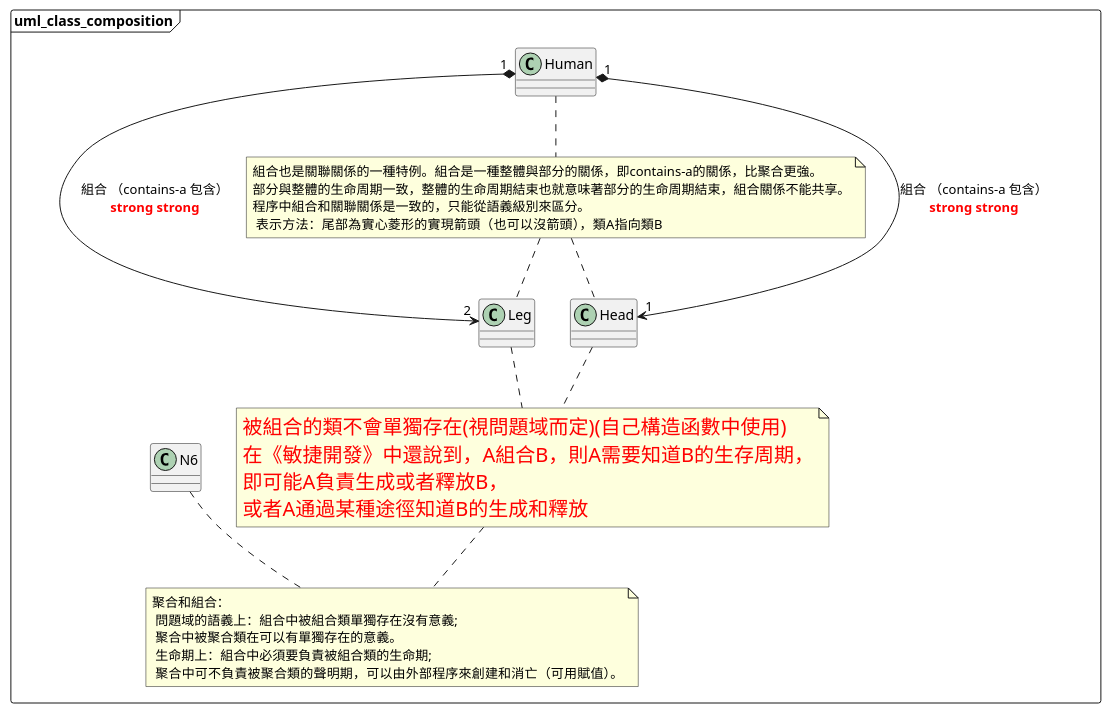
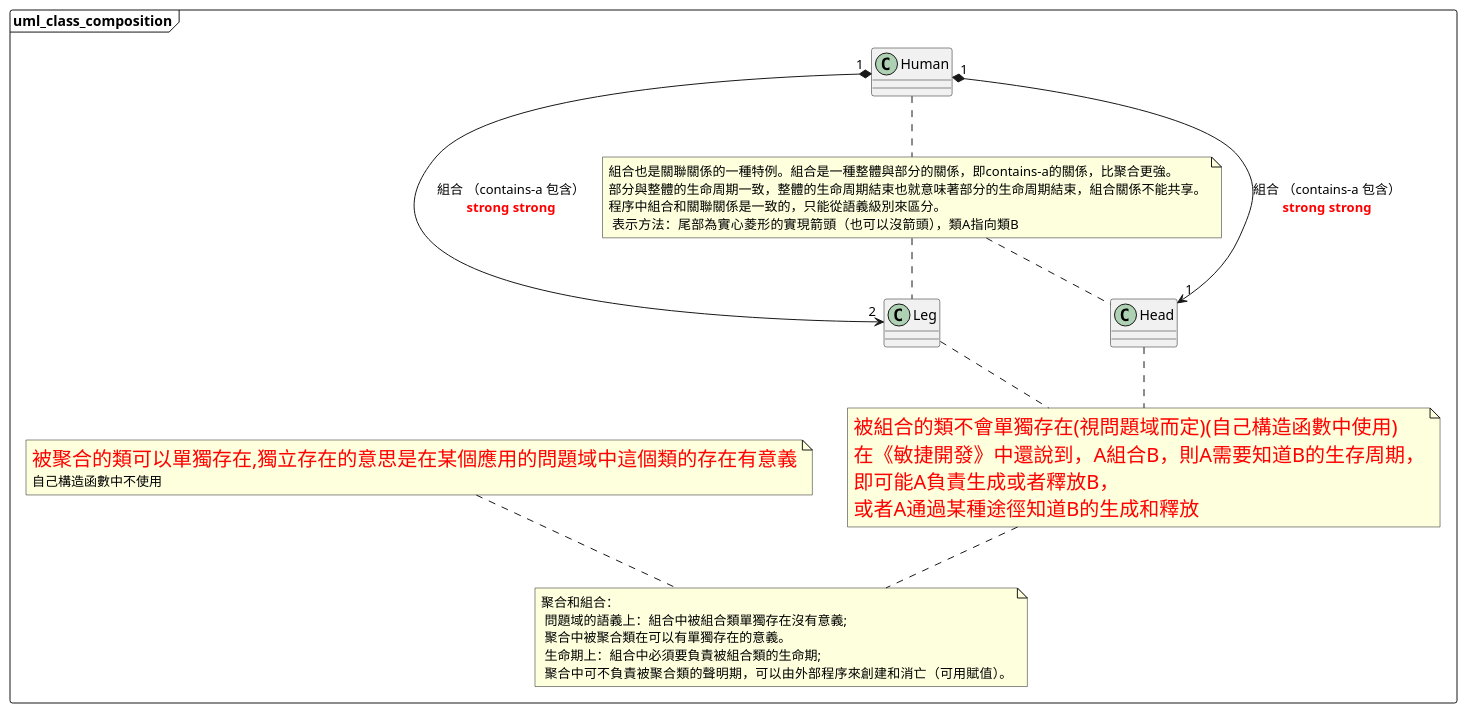
Before and after one commit to myhongkongzhen/hexo_blog_src: the fourth of 4 diagrams in source/_posts/2017/07/31/UML-class.md, drawn with PlantUML.

Commit message:
update uml class diagram

````diff
--- a/source/_posts/2017/07/31/UML-class.md
+++ b/source/_posts/2017/07/31/UML-class.md
@@ -79,20 +79,21 @@
 ```puml
 @startuml
 package uml_class_composition <<Frame>>{
   
     Human "1" *--> "2" Leg : 組合 （contains-a 包含）\n<color:red><b>strong strong
     Human "1" *--> "1" Head : 組合 （contains-a 包含）\n<color:red><b>strong strong
     note "組合也是關聯關係的一種特例。組合是一種整體與部分的關係，即contains-a的關係，比聚合更強。\n部分與整體的生命周期一致，整體的生命周期結束也就意味著部分的生命周期結束，組合關係不能共享。\n程序中組合和關聯關係是一致的，只能從語義級別來區分。\n 表示方法：尾部為實心菱形的實現箭頭（也可以沒箭頭），類A指向類B" as N7
     Human .. N7
     N7 .. Leg
     N7 .. Head
     note "<color:red><size:20>被組合的類不會單獨存在(視問題域而定)(自己構造函數中使用)\n<color:red><size:20>在《敏捷開發》中還說到，A組合B，則A需要知道B的生存周期，\n<color:red><size:20>即可能A負責生成或者釋放B，\n<color:red><size:20>或者A通過某種途徑知道B的生成和釋放" as N8
     Leg .. N8
     Head .. N8
     
+    note "<color:red><size:20>被聚合的類可以單獨存在,獨立存在的意思是在某個應用的問題域中這個類的存在有意義\n自己構造函數中不使用" as N6
     note "聚合和組合：\n 問題域的語義上：組合中被組合類單獨存在沒有意義;\n 聚合中被聚合類在可以有單獨存在的意義。\n 生命期上：組合中必須要負責被組合類的生命期;\n 聚合中可不負責被聚合類的聲明期，可以由外部程序來創建和消亡（可用賦值）。" as N9
     N6 .. N9
     N8 .. N9
 }
 @enduml
 ```
````
